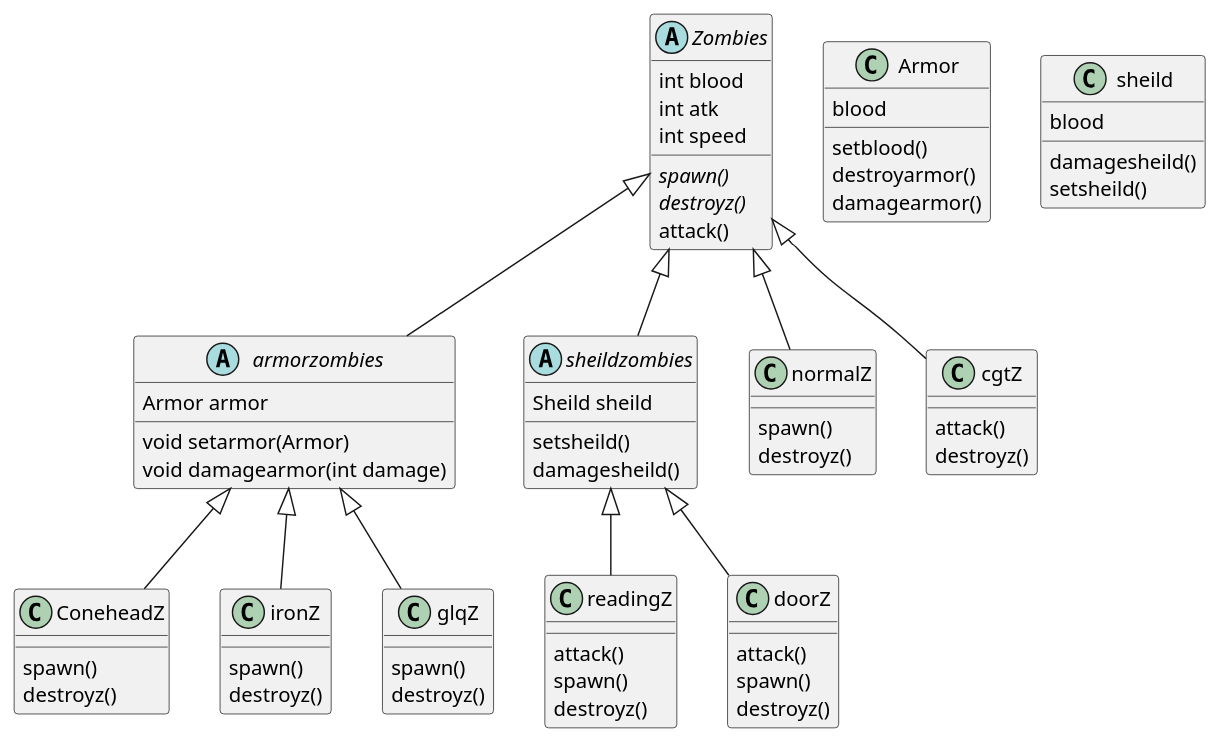
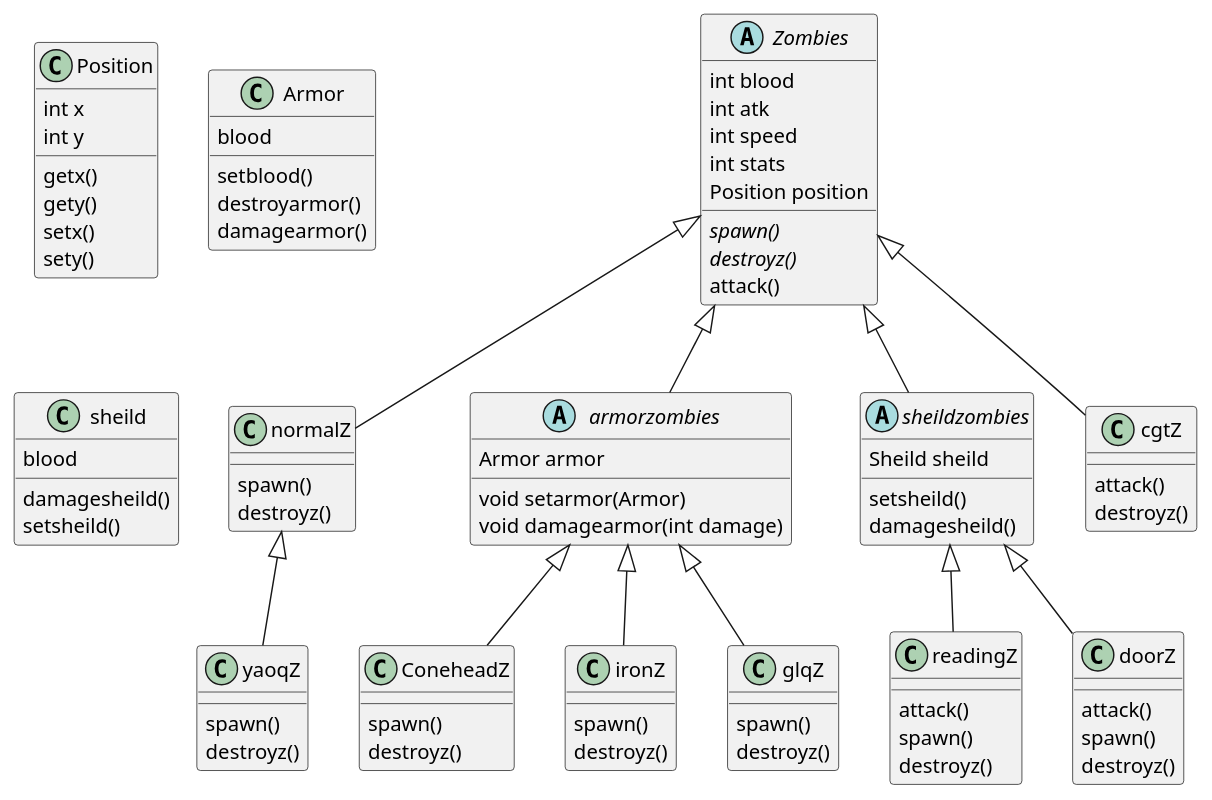
Before and after one commit to Holo666/Pvz: the diagram in PLANT.puml, drawn with PlantUML. The commit also changed 1 other file, not shown here.

```diff
--- a/PLANT.puml
+++ b/PLANT.puml
@@ -1,71 +1,87 @@
 @startuml
 'https://plantuml.com/class-diagram
 abstract class Zombies{
 int blood
 int atk
 int speed
+int stats
+Position position
 {abstract} spawn()
 {abstract} destroyz()
 attack()
 }
+class Position{
+int x
+int y
+getx()
+gety()
+setx()
+sety()
+}
+class yaoqZ{
+spawn()
+destroyz()
+}
+normalZ<|--yaoqZ
+
 abstract class armorzombies {
 Armor armor
 void setarmor(Armor)
 void damagearmor(int damage)
 }
 Zombies<|--armorzombies
 abstract class sheildzombies{
 Sheild sheild
 setsheild()
 damagesheild()
 }
 Zombies<|--sheildzombies
 class normalZ{
 spawn()
 destroyz()
 }
 class ConeheadZ{
 spawn()
 destroyz()
 }
 class ironZ{
 spawn()
 destroyz()
 }
 class cgtZ{
 attack()
 destroyz()
 }
 class readingZ{
 attack()
 spawn()
 destroyz()
 }
 class doorZ{
 attack()
 spawn()
 destroyz()
 }
 class glqZ{
 spawn()
 destroyz()
 }
 class Armor{
 blood
 setblood()
 destroyarmor()
 damagearmor()
 }
 class sheild{
 blood
 damagesheild()
 setsheild()
 }
 armorzombies<|--glqZ
 sheildzombies<|-- doorZ
 sheildzombies<|-- readingZ
 Zombies<|--cgtZ
 armorzombies<|--ironZ
 armorzombies<|--ConeheadZ
 Zombies<|--normalZ
 @enduml
```
